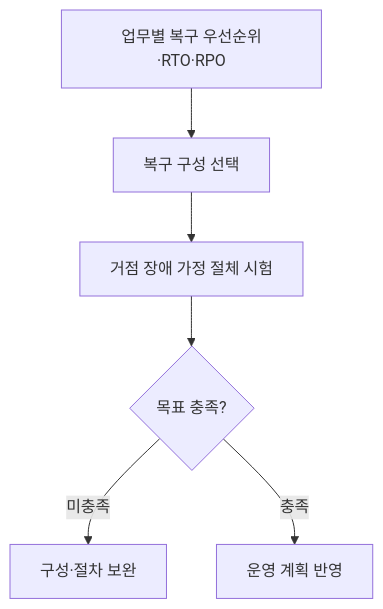
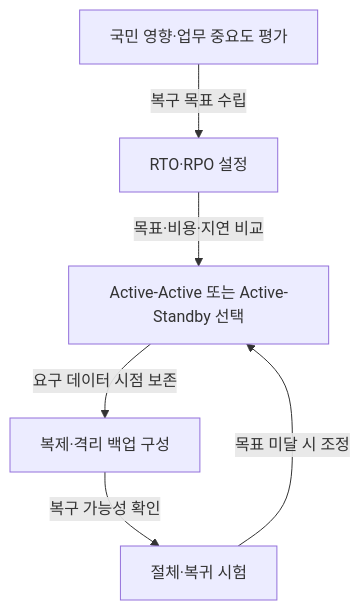
Before and after one commit to agnusdei1207/study: the first of 2 diagrams in src/content/docs/notes/itpe/01-it-strategy/023_national_information_resources_service_fire.md, drawn with Mermaid. The commit also changed other lines of this file and 1 other file, not shown here.

````diff
--- a/src/content/docs/notes/itpe/01-it-strategy/023_national_information_resources_service_fire.md
+++ b/src/content/docs/notes/itpe/01-it-strategy/023_national_information_resources_service_fire.md
@@ -151,8 +56,8 @@
 ```mermaid
 flowchart TD
-    A["업무별 복구 우선순위·RTO·RPO"] --> B["복구 구성 선택"]
-    B --> C["거점 장애 가정 절체 시험"]
-    C --> D{"목표 충족?"}
-    D -->|"미충족"| E["구성·절차 보완"]
-    D -->|"충족"| F["운영 계획 반영"]
+    A["국민 영향·업무 중요도 평가"] -->|"복구 목표 수립"| B["RTO·RPO 설정"]
+    B -->|"목표·비용·지연 비교"| C["Active-Active 또는 Active-Standby 선택"]
+    C -->|"요구 데이터 시점 보존"| D["복제·격리 백업 구성"]
+    D -->|"복구 가능성 확인"| E["절체·복귀 시험"]
+    E -->|"목표 미달 시 조정"| C
 ```
````
